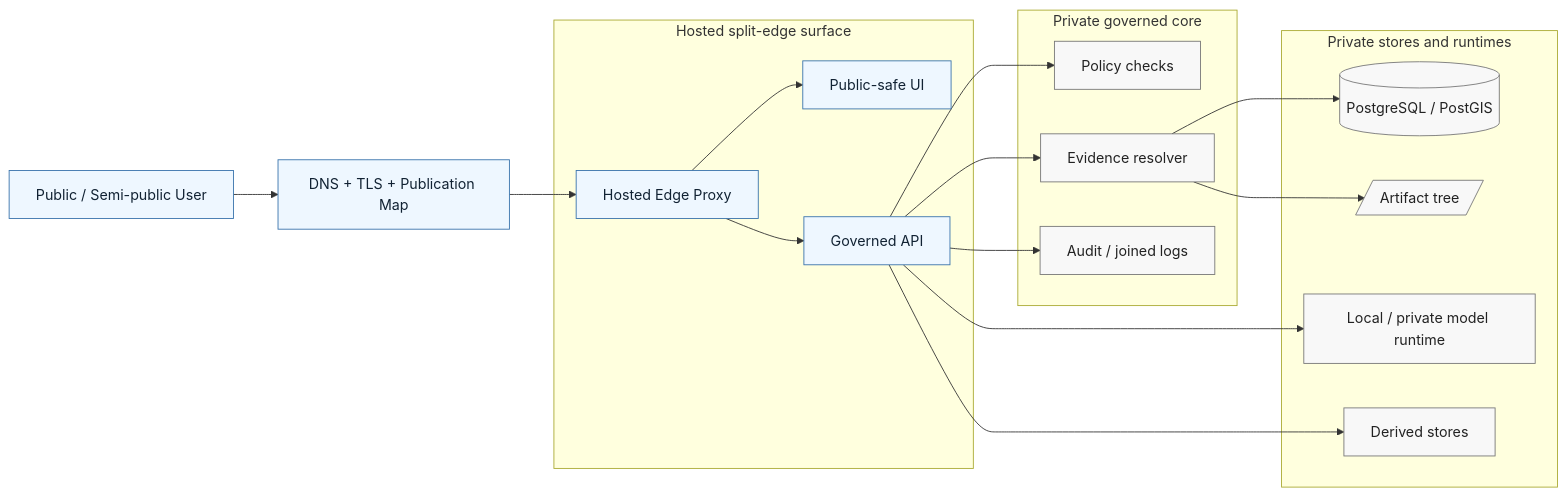
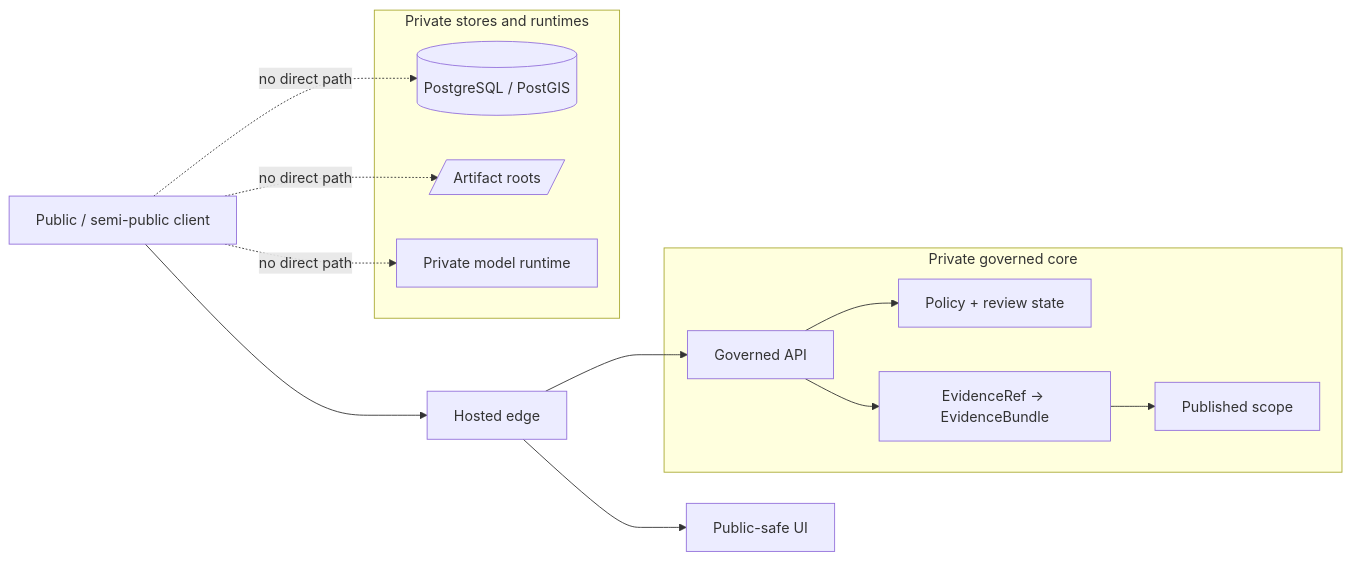
Before and after one commit to bartytime4life/Kansas-Frontier-Matrix: the diagram in infra/hosted/README.md, drawn with Mermaid. The commit also changed other lines of this file, not shown here.

First line of the commit message:
Revise hosted README for clarity and verification

````diff
--- a/infra/hosted/README.md
+++ b/infra/hosted/README.md
@@ -219,28 +251,22 @@
 ```mermaid
 flowchart LR
-    U[Public / Semi-public User] --> DNS[DNS + TLS + Publication Map]
-    DNS --> EDGE[Hosted Edge Proxy]
+    U[Public / semi-public client] --> E[Hosted edge]
+    E --> UI[Public-safe UI]
+    E --> API[Governed API]
 
-    subgraph Hosted_Surface["Hosted split-edge surface"]
-        EDGE --> UI[Public-safe UI]
-        EDGE --> API[Governed API]
+    subgraph Core[Private governed core]
+        API --> POL[Policy + review state]
+        API --> RES[EvidenceRef → EvidenceBundle]
+        RES --> PUB[Published scope]
     end
 
-    subgraph Private_Core["Private governed core"]
-        API --> POL[Policy checks]
-        API --> EVR[Evidence resolver]
-        API --> OBS[Audit / joined logs]
+    subgraph Private[Private stores and runtimes]
+        DB[(PostgreSQL / PostGIS)]
+        ART[/Artifact roots/]
+        MODEL[Private model runtime]
     end
 
-    subgraph Private_Stores["Private stores and runtimes"]
-        EVR --> DB[(PostgreSQL / PostGIS)]
-        EVR --> ART[/Artifact tree/]
-        API --> OLL[Local / private model runtime]
-        API --> DER[Derived stores]
-    end
-
-    classDef public fill:#eef7ff,stroke:#3973ac,color:#123;
-    classDef private fill:#f8f8f8,stroke:#777,color:#222;
-    class U,DNS,EDGE,UI,API public;
-    class POL,EVR,OBS,DB,ART,OLL,DER private;
+    U -. no direct path .-> DB
+    U -. no direct path .-> ART
+    U -. no direct path .-> MODEL
 ```
````
